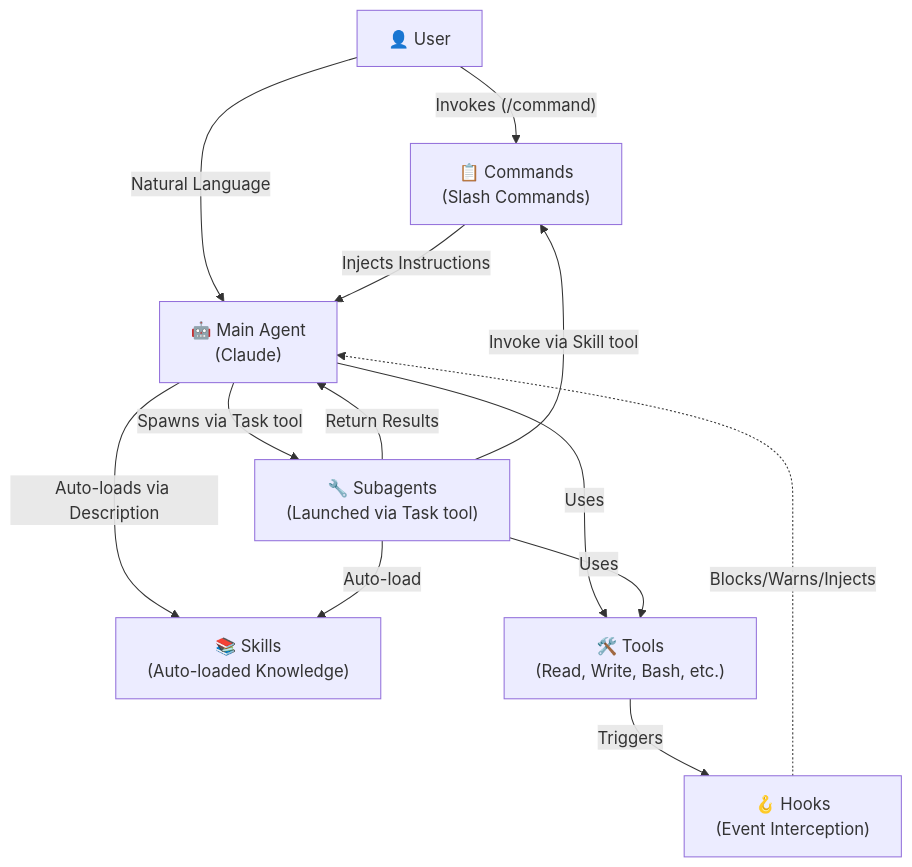
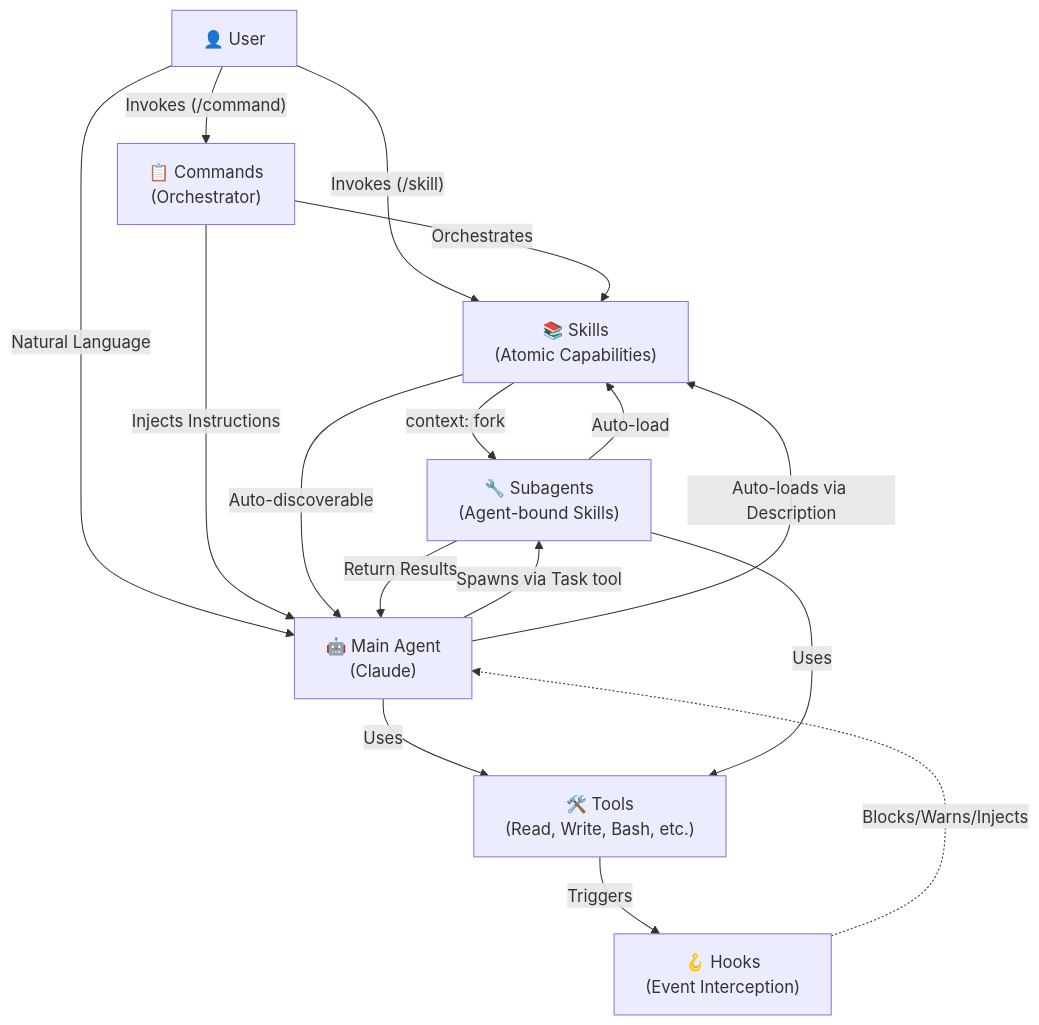
One commit to Git-Fg/thecattoolkit changed the diagram in CLAUDE.md. Above: the diagram before and after it, drawn with Mermaid. The commit also changed other lines of this file and 14 other files, not shown here.

````diff
--- a/CLAUDE.md
+++ b/CLAUDE.md
@@ -515,27 +552,31 @@
 ```mermaid
 graph TB
     User["👤 User"]
     MainAgent["🤖 Main Agent<br/>(Claude)"]
-    Commands["📋 Commands<br/>(Slash Commands)"]
-    Subagents["🔧 Subagents<br/>(Launched via Task tool)"]
-    Skills["📚 Skills<br/>(Auto-loaded Knowledge)"]
+    Commands["📋 Commands<br/>(Orchestrator)"]
+    Subagents["🔧 Subagents<br/>(Agent-bound Skills)"]
+    Skills["📚 Skills<br/>(Atomic Capabilities)"]
     Tools["🛠️ Tools<br/>(Read, Write, Bash, etc.)"]
     Hooks["🪝 Hooks<br/>(Event Interception)"]
 
+    User -->|"Invokes (/skill)"| Skills
     User -->|"Invokes (/command)"| Commands
     User -->|"Natural Language"| MainAgent
-    
+
+    Commands -->|"Orchestrates"| Skills
     Commands -->|"Injects Instructions"| MainAgent
-    
+
     MainAgent -->|"Spawns via Task tool"| Subagents
     MainAgent -->|"Auto-loads via Description"| Skills
     MainAgent -->|"Uses"| Tools
-    
+
+    Skills -->|"context: fork"| Subagents
+    Skills -->|"Auto-discoverable"| MainAgent
+
     Subagents -->|"Return Results"| MainAgent
     Subagents -->|"Auto-load"| Skills
-    Subagents -->|"Invoke via Skill tool"| Commands
     Subagents -->|"Uses"| Tools
-    
+
     Tools -->|"Triggers"| Hooks
     Hooks -.->|"Blocks/Warns/Injects"| MainAgent
 ```
````
